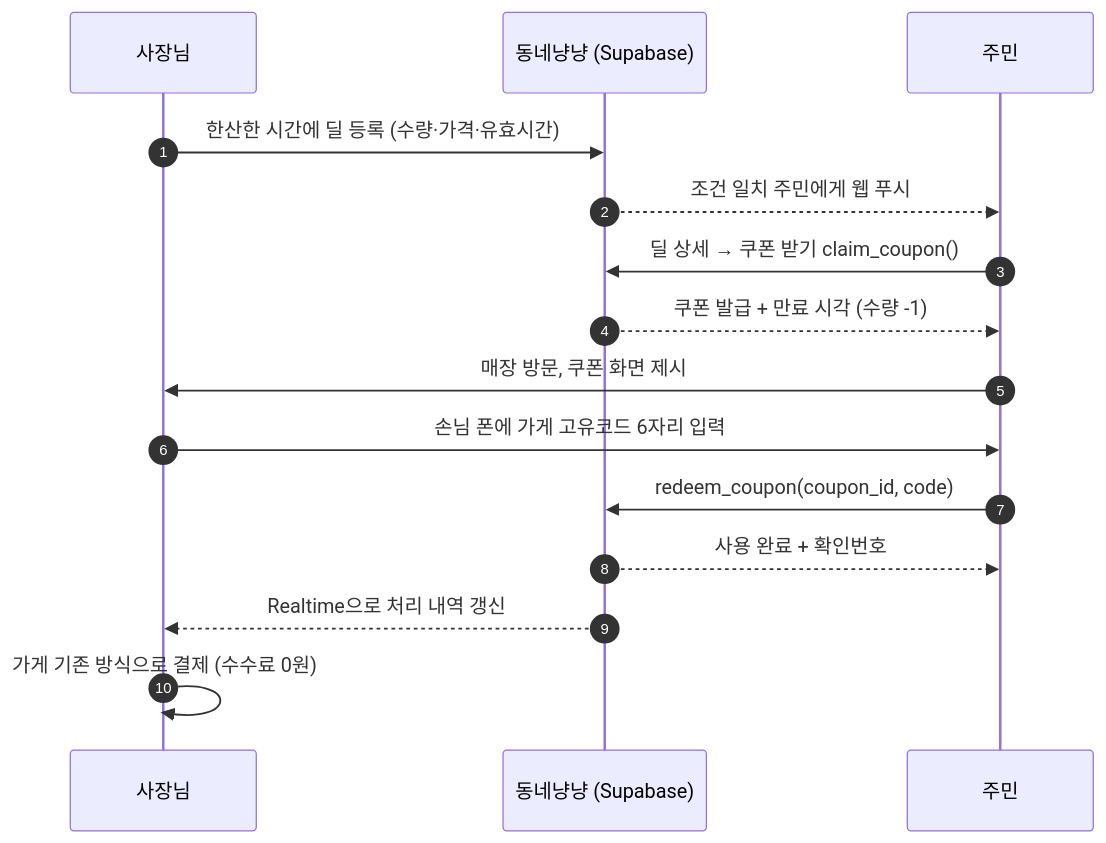
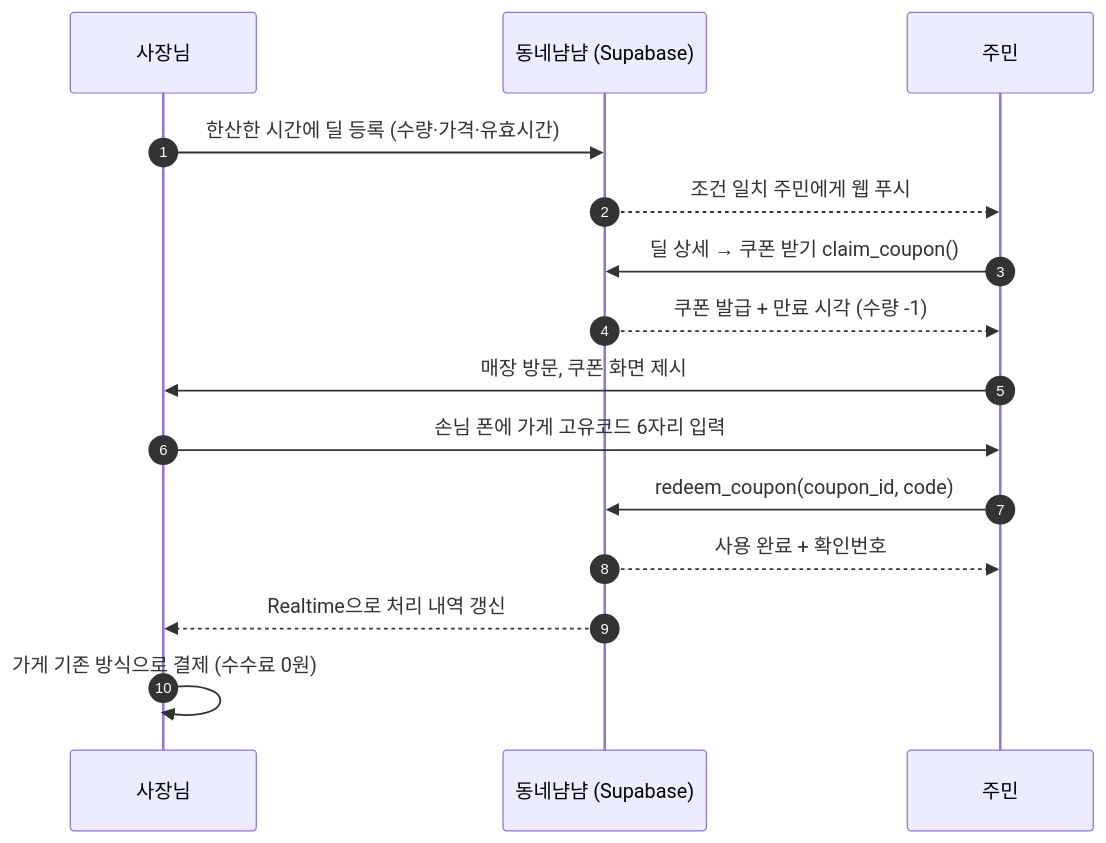
Before and after one commit to 2026-KW-HACKATHON/05_Last-pang: the first of 4 diagrams in README.md, drawn with Mermaid. The commit also changed other lines of this file, not shown here.

Commit message:
README: 동네냥냥 -> 동네냠냠 명칭 수정

````diff
--- a/README.md
+++ b/README.md
@@ -102,18 +102,18 @@
 ```mermaid
 sequenceDiagram
   autonumber
   participant O as 사장님
-  participant S as 동네냥냥 (Supabase)
+  participant S as 동네냠냠 (Supabase)
   participant R as 주민
 
   O->>S: 한산한 시간에 딜 등록 (수량·가격·유효시간)
   S-->>R: 조건 일치 주민에게 웹 푸시
   R->>S: 딜 상세 → 쿠폰 받기 claim_coupon()
   S-->>R: 쿠폰 발급 + 만료 시각 (수량 -1)
   R->>O: 매장 방문, 쿠폰 화면 제시
   O->>R: 손님 폰에 가게 고유코드 6자리 입력
   R->>S: redeem_coupon(coupon_id, code)
   S-->>R: 사용 완료 + 확인번호
   S-->>O: Realtime으로 처리 내역 갱신
   O->>O: 가게 기존 방식으로 결제 (수수료 0원)
 ```
````
